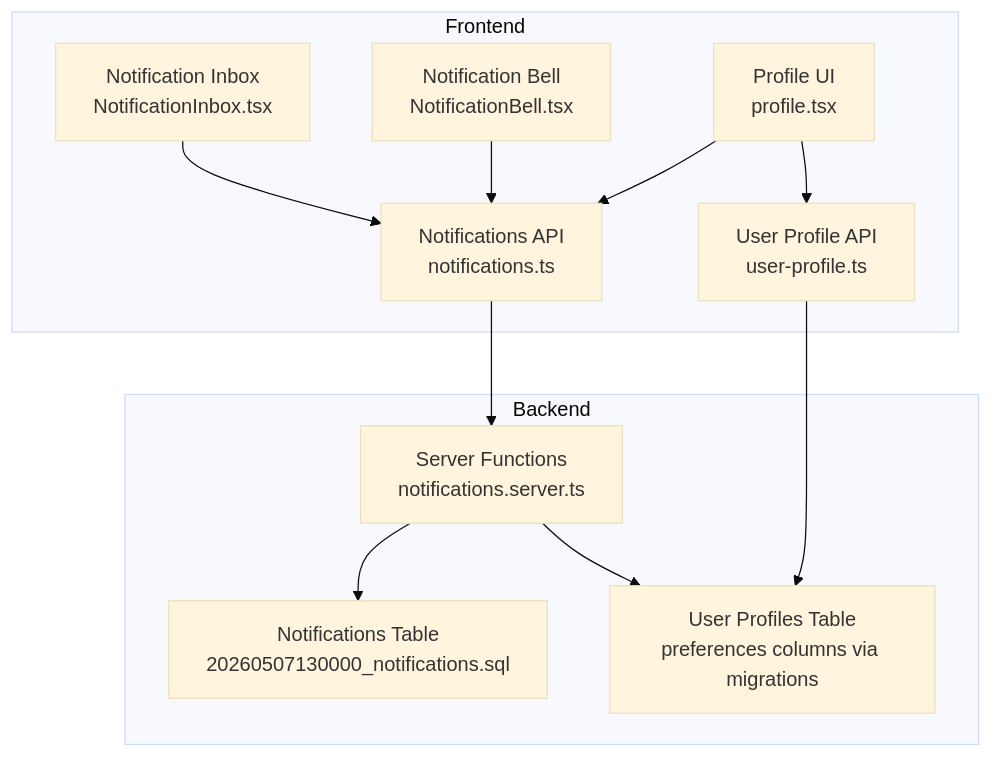
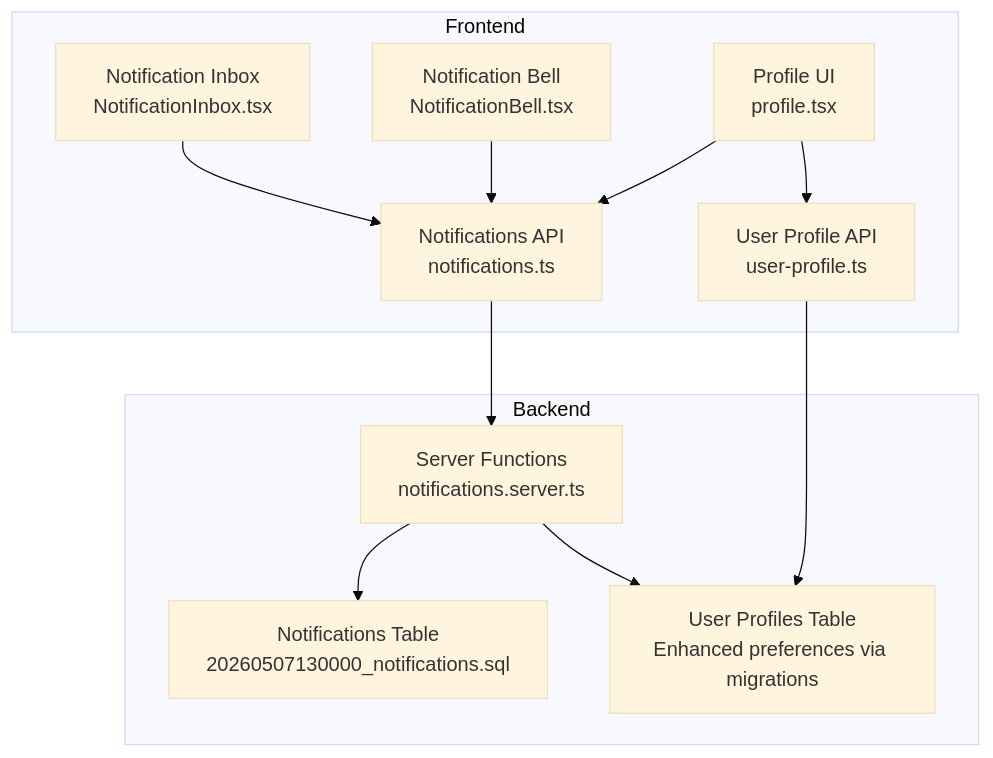
One commit to gastaldellomarco/pcReady changed the first of 6 diagrams in .qoder/repowiki/en/content/Real-time Features/Notification System/Notification Preferences.md. Above: the diagram before and after it, drawn with Mermaid (base theme). The commit also changed other lines of this file and 8 other files, not shown here.

````diff
--- a/.qoder/repowiki/en/content/Real-time Features/Notification System/Notification Preferences.md
+++ b/.qoder/repowiki/en/content/Real-time Features/Notification System/Notification Preferences.md
@@ -41,23 +51,23 @@
 ```mermaid
 graph TB
 subgraph "Frontend"
 PF["Profile UI<br/>profile.tsx"]
 NB["Notification Bell<br/>NotificationBell.tsx"]
 NI["Notification Inbox<br/>NotificationInbox.tsx"]
 NF["Notifications API<br/>notifications.ts"]
 UPF["User Profile API<br/>user-profile.ts"]
 end
 subgraph "Backend"
 NS["Server Functions<br/>notifications.server.ts"]
 DBN["Notifications Table<br/>20260507130000_notifications.sql"]
-DBP["User Profiles Table<br/>preferences columns via migrations"]
+DBP["User Profiles Table<br/>Enhanced preferences via migrations"]
 end
 PF --> UPF
 PF --> NF
 NB --> NF
 NI --> NF
 NF --> NS
 NS --> DBN
 UPF --> DBP
 NS --> DBP
 ```
````
